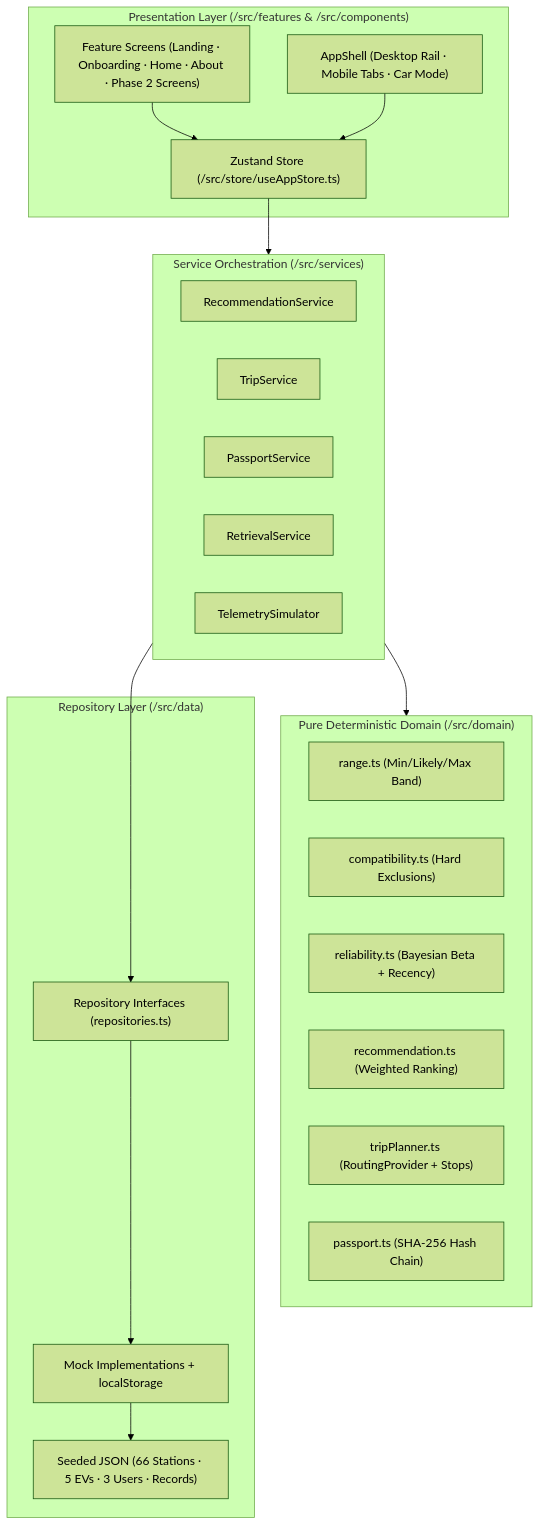
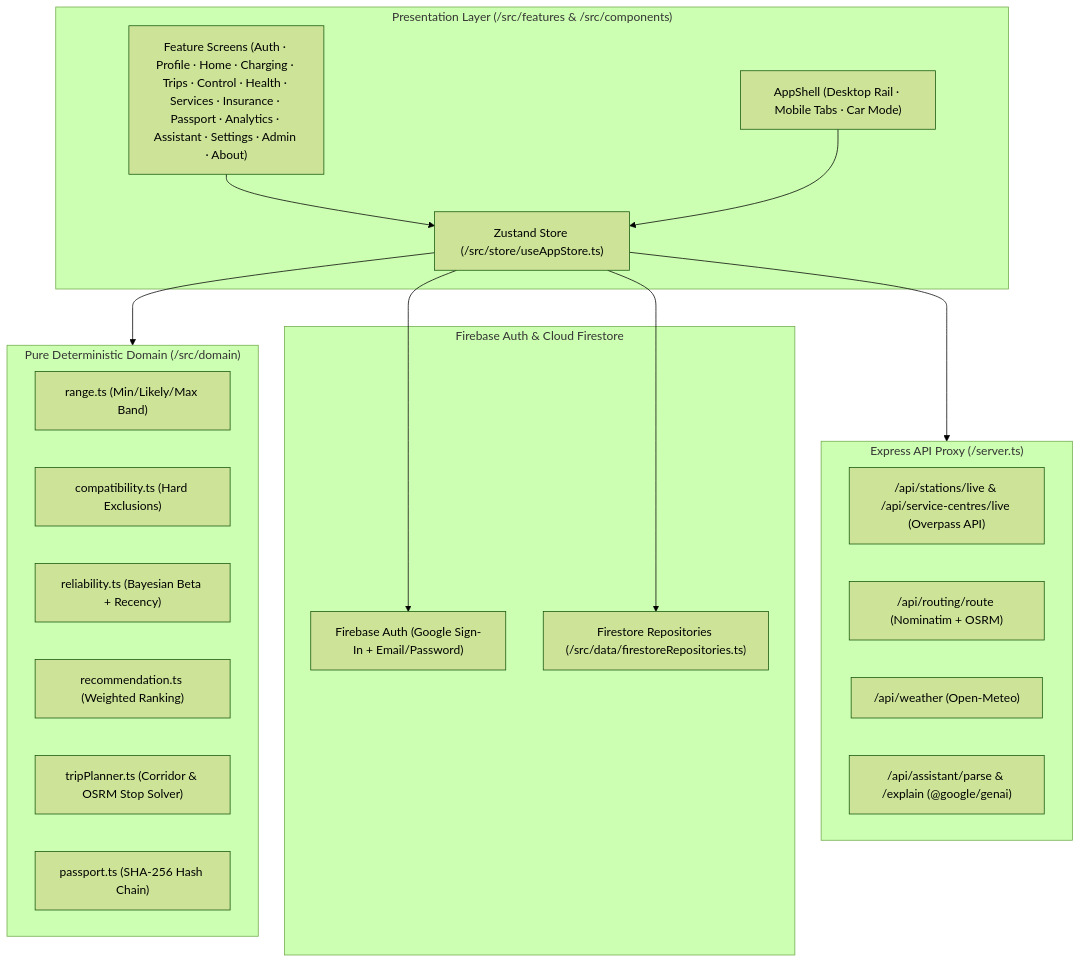
One commit to rajchandu123/E_Vehicle changed the diagram in README.md. Above: the diagram before and after it, drawn with Mermaid (forest theme). The commit also changed other lines of this file and 36 other files, not shown here.

First line of the commit message:
feat: add auth and core domain features

````diff
--- a/README.md
+++ b/README.md
@@ -9,39 +9,36 @@
 ```mermaid
 flowchart TB
   subgraph UI["Presentation Layer (/src/features & /src/components)"]
     Shell["AppShell (Desktop Rail · Mobile Tabs · Car Mode)"]
-    Pages["Feature Screens (Landing · Onboarding · Home · About · Phase 2 Screens)"]
+    Pages["Feature Screens (Auth · Profile · Home · Charging · Trips · Control · Health · Services · Insurance · Passport · Analytics · Assistant · Settings · Admin · About)"]
     Store["Zustand Store (/src/store/useAppStore.ts)"]
   end
 
-  subgraph Services["Service Orchestration (/src/services)"]
-    RecSvc["RecommendationService"]
-    TripSvc["TripService"]
-    PassSvc["PassportService"]
-    RetSvc["RetrievalService"]
-    TelSim["TelemetrySimulator"]
+  subgraph Backend["Express API Proxy (/server.ts)"]
+    OSM["/api/stations/live & /api/service-centres/live (Overpass API)"]
+    OSRM["/api/routing/route (Nominatim + OSRM)"]
+    Meteo["/api/weather (Open-Meteo)"]
+    Gemini["/api/assistant/parse & /explain (@google/genai)"]
+  end
+
+  subgraph Firebase["Firebase Auth & Cloud Firestore"]
+    Auth["Firebase Auth (Google Sign-In + Email/Password)"]
+    FS["Firestore Repositories (/src/data/firestoreRepositories.ts)"]
   end
 
   subgraph Domain["Pure Deterministic Domain (/src/domain)"]
     Range["range.ts (Min/Likely/Max Band)"]
     Compat["compatibility.ts (Hard Exclusions)"]
     Rel["reliability.ts (Bayesian Beta + Recency)"]
     Rec["recommendation.ts (Weighted Ranking)"]
-    Trip["tripPlanner.ts (RoutingProvider + Stops)"]
+    Trip["tripPlanner.ts (Corridor & OSRM Stop Solver)"]
     Pass["passport.ts (SHA-256 Hash Chain)"]
-  end
-
-  subgraph Data["Repository Layer (/src/data)"]
-    Ifaces["Repository Interfaces (repositories.ts)"]
-    Mocks["Mock Implementations + localStorage"]
-    Seed["Seeded JSON (66 Stations · 5 EVs · 3 Users · Records)"]
   end
 
   Pages --> Store
   Shell --> Store
-  Store --> Services
-  Services --> Domain
-  Services --> Ifaces
-  Ifaces --> Mocks
-  Mocks --> Seed
+  Store --> Domain
+  Store --> FS
+  Store --> Auth
+  Store --> Backend
 ```
````
